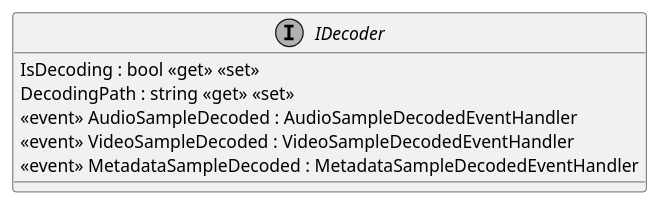
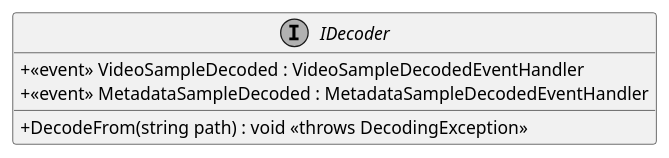
One commit to insightmind/MORR changed the diagram in documents/sd/plantuml/application/Core/MORR/Data/Transcoding/IDecoder.puml. Above: the diagram before and after it, drawn with PlantUML. The commit also changed 85 other files, not shown here.

Commit message:
Added diagrams for Core and Shared

```diff
--- a/documents/sd/plantuml/application/Core/MORR/Data/Transcoding/IDecoder.puml
+++ b/documents/sd/plantuml/application/Core/MORR/Data/Transcoding/IDecoder.puml
@@ -1,12 +1,10 @@
 @startuml
 skinparam monochrome true
 skinparam classAttributeIconSize 0
 
 interface IDecoder {
-    IsDecoding : bool <<get>> <<set>>
-    DecodingPath : string <<get>> <<set>>
-     <<event>> AudioSampleDecoded : AudioSampleDecodedEventHandler 
-     <<event>> VideoSampleDecoded : VideoSampleDecodedEventHandler 
-     <<event>> MetadataSampleDecoded : MetadataSampleDecodedEventHandler 
+    + DecodeFrom(string path) : void <<throws DecodingException>>
+    + <<event>> VideoSampleDecoded : VideoSampleDecodedEventHandler 
+    + <<event>> MetadataSampleDecoded : MetadataSampleDecodedEventHandler 
 }
 @enduml
```
